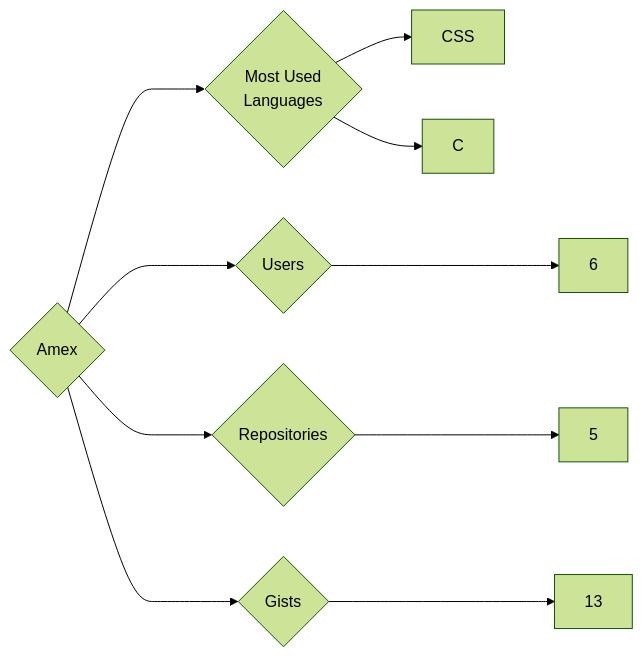
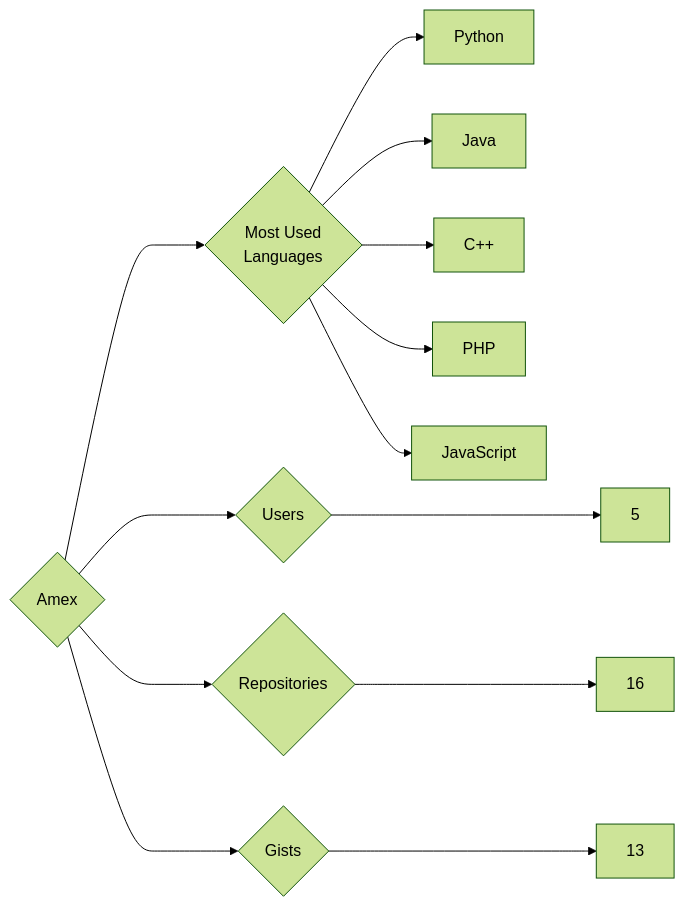
One commit to trickest/insiders changed the diagram in targets/Amex/README.md. Above: the diagram before and after it, drawn with Mermaid (forest theme). The commit also changed 933 other files, not shown here.

````diff
--- a/targets/Amex/README.md
+++ b/targets/Amex/README.md
@@ -3,10 +3,13 @@
 ```mermaid
 graph LR
 COMPANY_NAME{Amex}
-COMPANY_NAME ---> U{Users} ---> UN[6]
-COMPANY_NAME ---> R{Repositories} ---> RN[5]
+COMPANY_NAME ---> U{Users} ---> UN[5]
+COMPANY_NAME ---> R{Repositories} ---> RN[16]
 COMPANY_NAME ---> G{Gists} ---> GN[13]
 COMPANY_NAME ---> ML{Most Used<br>Languages}
-ML --> CSS[CSS]
-ML --> C[C]
+ML --> Python[Python]
+ML --> Java[Java]
+ML --> C++[C++]
+ML --> PHP[PHP]
+ML --> JavaScript[JavaScript]
 ```
````
